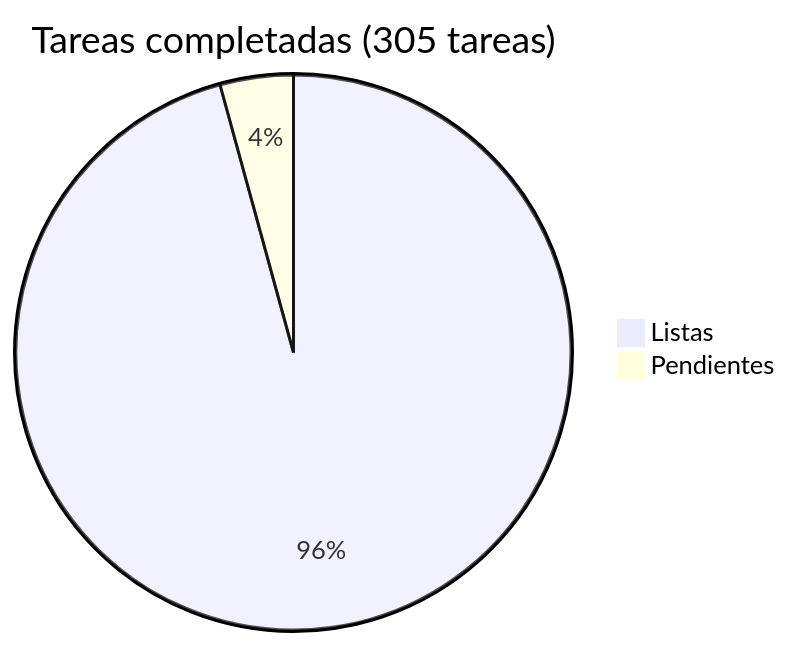
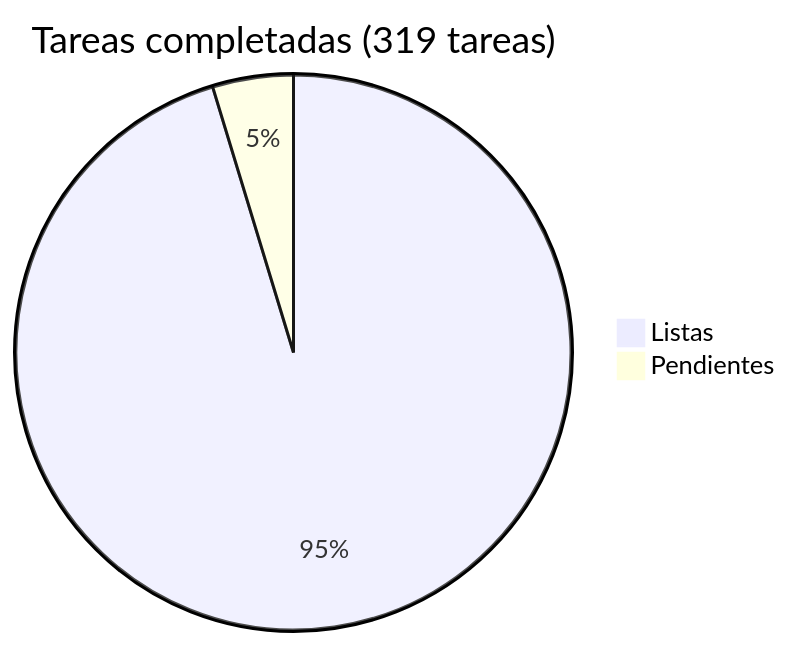
One commit to araguaney-lat/araguaney changed the diagram in docs/roadmap/README.md. Above: the diagram before and after it, drawn with Mermaid. The commit also changed other lines of this file and 28 other files, not shown here.

````diff
--- a/docs/roadmap/README.md
+++ b/docs/roadmap/README.md
@@ -5,5 +5,5 @@
 ```mermaid
-pie title Tareas completadas (305 tareas)
-    "Listas" : 292
-    "Pendientes" : 13
+pie title Tareas completadas (319 tareas)
+    "Listas" : 304
+    "Pendientes" : 15
 ```
````
